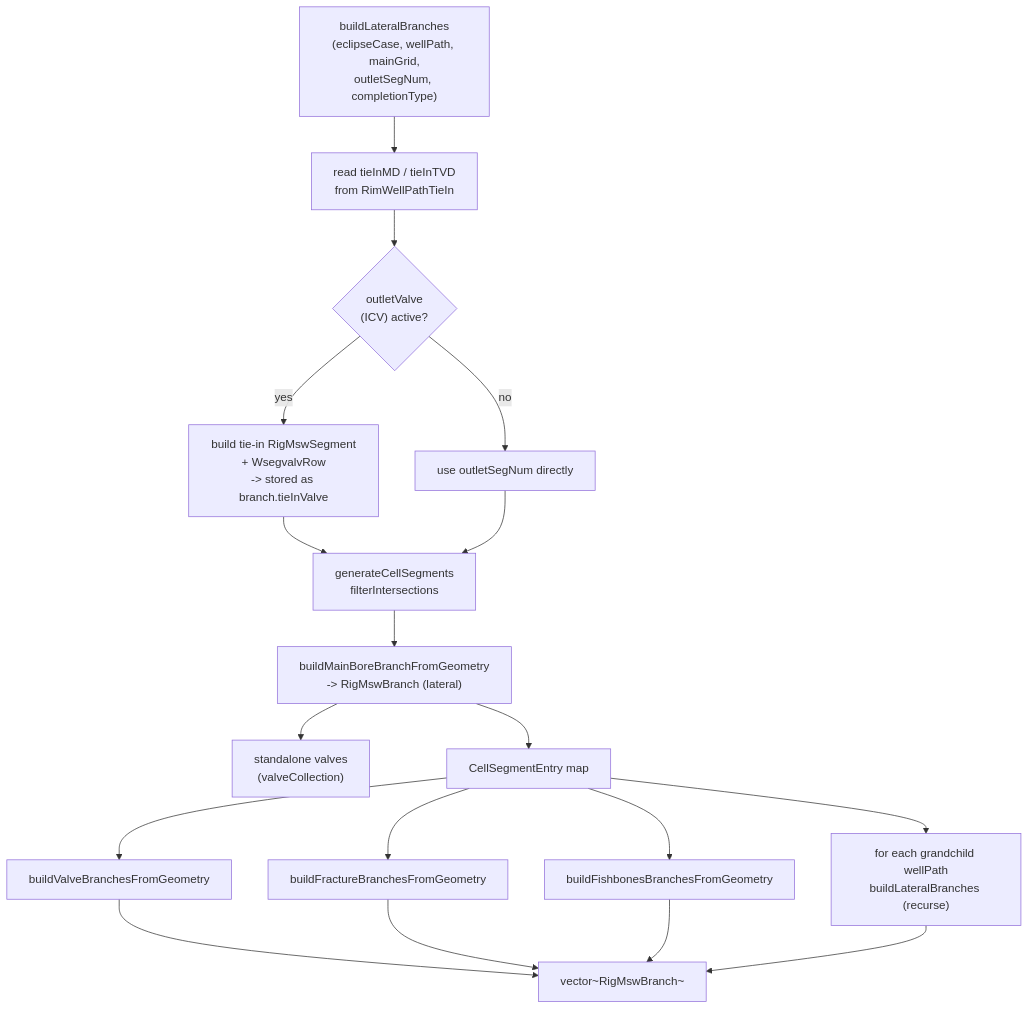
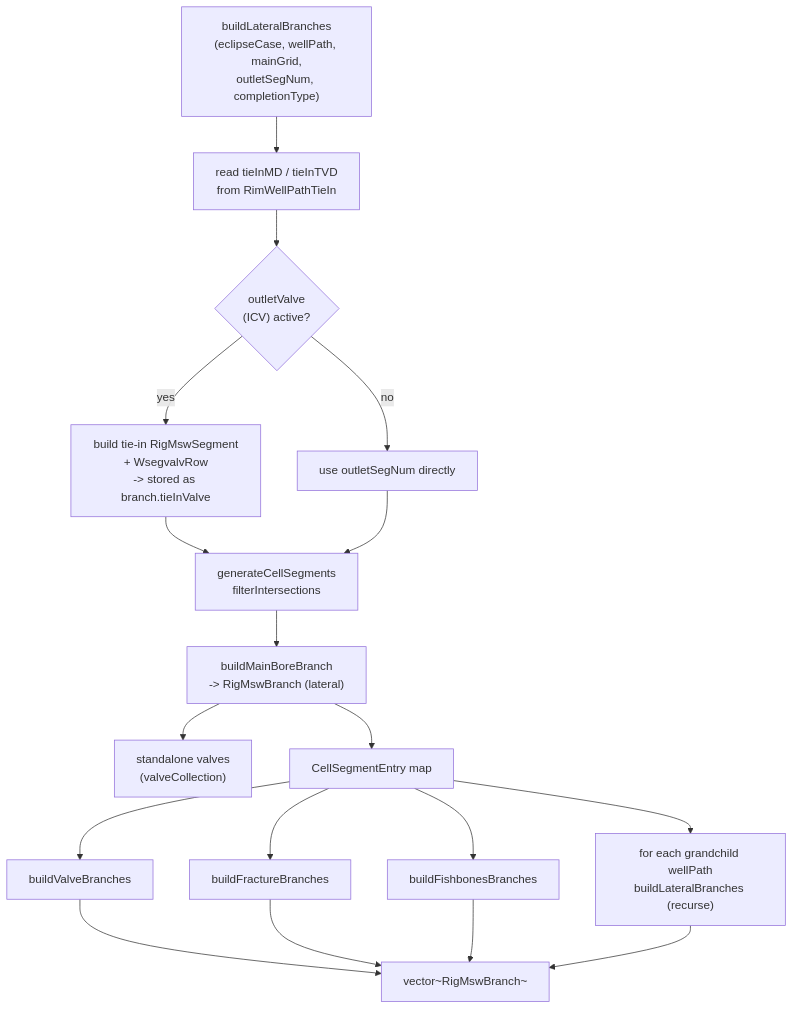
Before and after one commit to OPM/ResInsight: the second of 3 diagrams in docs/diagrams/msw-export/03-build-pipeline.md, drawn with Mermaid. The commit also changed other lines of this file and 4 other files, not shown here.

First line of the commit message:
#14241 MSW: Drop redundant FromGeometry suffix from branch builders

````diff
--- a/docs/diagrams/msw-export/03-build-pipeline.md
+++ b/docs/diagrams/msw-export/03-build-pipeline.md
@@ -33,24 +33,24 @@
 ```mermaid
 flowchart TD
     LAT["buildLateralBranches<br/>(eclipseCase, wellPath, mainGrid,<br/>outletSegNum, completionType)"]
 
     LAT --> TIEINMD["read tieInMD / tieInTVD<br/>from RimWellPathTieIn"]
 
     TIEINMD --> TICV{"outletValve<br/>(ICV) active?"}
     TICV -- yes --> TIEINSEG["build tie-in RigMswSegment<br/>+ WsegvalvRow<br/>-> stored as branch.tieInValve"]
     TICV -- no --> SKIP[use outletSegNum directly]
 
     TIEINSEG & SKIP --> GCS2["generateCellSegments<br/>filterIntersections"]
 
-    GCS2 --> MB2["buildMainBoreBranchFromGeometry<br/>-> RigMswBranch (lateral)"]
+    GCS2 --> MB2["buildMainBoreBranch<br/>-> RigMswBranch (lateral)"]
     MB2 --> SVALVE2["standalone valves<br/>(valveCollection)"]
     MB2 --> CSMAP2["CellSegmentEntry map"]
 
-    CSMAP2 --> VB2["buildValveBranchesFromGeometry"]
-    CSMAP2 --> FRB2["buildFractureBranchesFromGeometry"]
-    CSMAP2 --> FBB2["buildFishbonesBranchesFromGeometry"]
+    CSMAP2 --> VB2["buildValveBranches"]
+    CSMAP2 --> FRB2["buildFractureBranches"]
+    CSMAP2 --> FBB2["buildFishbonesBranches"]
 
     CSMAP2 --> GRANDCHILD["for each grandchild wellPath<br/>buildLateralBranches (recurse)"]
 
     VB2 & FRB2 & FBB2 & GRANDCHILD --> RESULT2["vector~RigMswBranch~"]
 ```
````
